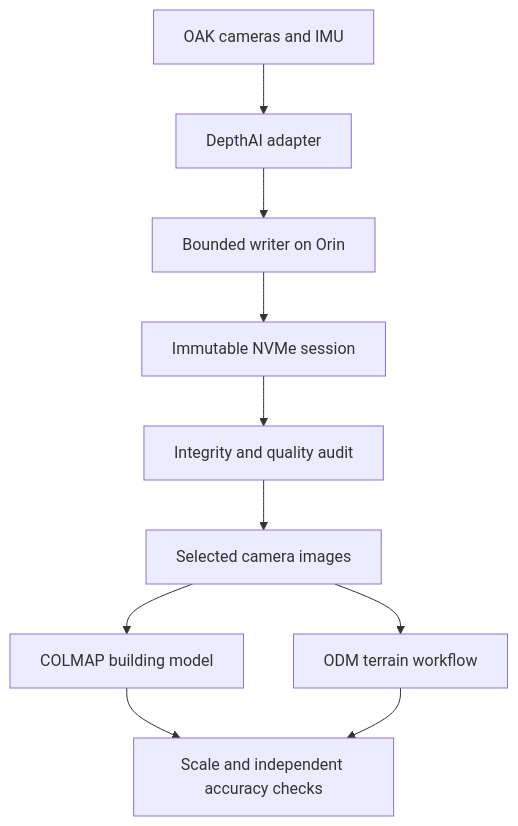
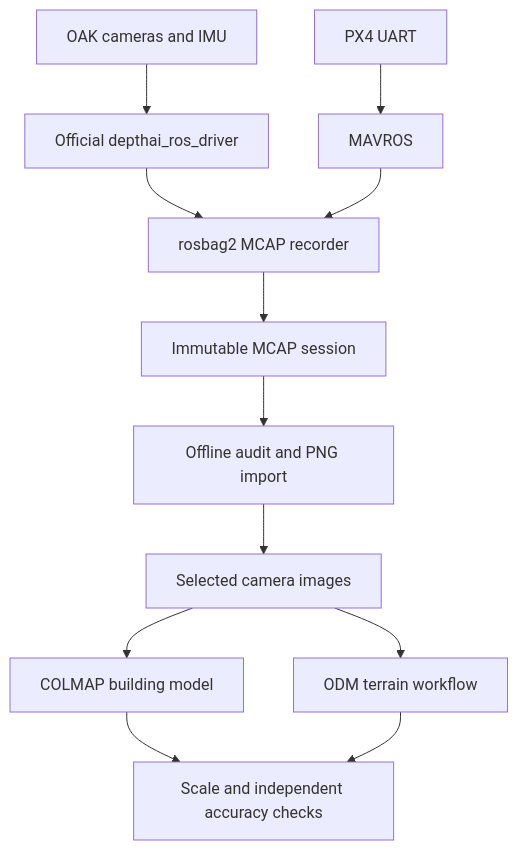
One commit to WalleringRobotics/mapping_functionality changed the diagram in docs/architecture.md. Above: the diagram before and after it, drawn with Mermaid. The commit also changed other lines of this file and 26 other files, not shown here.

Commit message:
Replace default acquisition with ROS2 MCAP recording

````diff
--- a/docs/architecture.md
+++ b/docs/architecture.md
@@ -13,12 +13,14 @@
 ```mermaid
 flowchart TD
-    A[OAK cameras and IMU] --> B[DepthAI adapter]
-    B --> C[Bounded writer on Orin]
-    C --> D[Immutable NVMe session]
-    D --> E[Integrity and quality audit]
+    A[OAK cameras and IMU] --> B[Official depthai_ros_driver]
+    P[PX4 UART] --> M[MAVROS]
+    B --> C[rosbag2 MCAP recorder]
+    M --> C
+    C --> D[Immutable MCAP session]
+    D --> E[Offline audit and PNG import]
     E --> F[Selected camera images]
     F --> G[COLMAP building model]
     F --> H[ODM terrain workflow]
     G --> I[Scale and independent accuracy checks]
     H --> I
 ```
````
